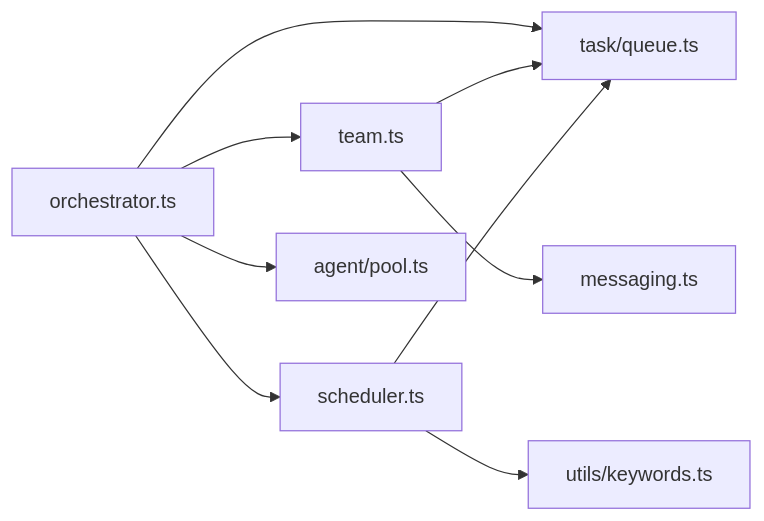
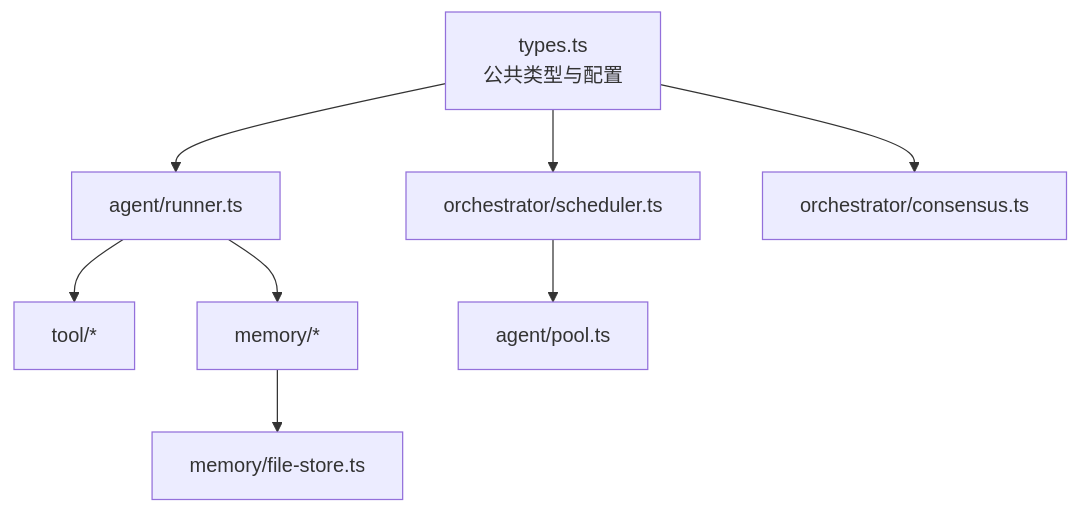
The ninth of 9 diagrams in .qoder/repowiki/zh/content/核心概念/核心概念.md (haolange/open-multi-agent), drawn with Mermaid before and after one commit. The commit also changed other lines of this file and 293 other files, not shown here.

````diff
--- a/.qoder/repowiki/zh/content/核心概念/核心概念.md
+++ b/.qoder/repowiki/zh/content/核心概念/核心概念.md
@@ -319,11 +318,10 @@
 ```mermaid
-graph LR
-OM["orchestrator.ts"] --> TEAM["team.ts"]
-OM --> SCH["scheduler.ts"]
-OM --> Q["task/queue.ts"]
-OM --> POOL["agent/pool.ts"]
-TEAM --> Q
-TEAM --> MSG["messaging.ts"]
-SCH --> Q
-SCH --> KEY["utils/keywords.ts"]
+graph TB
+Types["types.ts<br/>公共类型与配置"] --> Runner["agent/runner.ts"]
+Types --> Scheduler["orchestrator/scheduler.ts"]
+Types --> Consensus["orchestrator/consensus.ts"]
+Runner --> Tools["tool/*"]
+Runner --> Memory["memory/*"]
+Scheduler --> Pool["agent/pool.ts"]
+Memory --> FileStore["memory/file-store.ts"]
 ```
````
